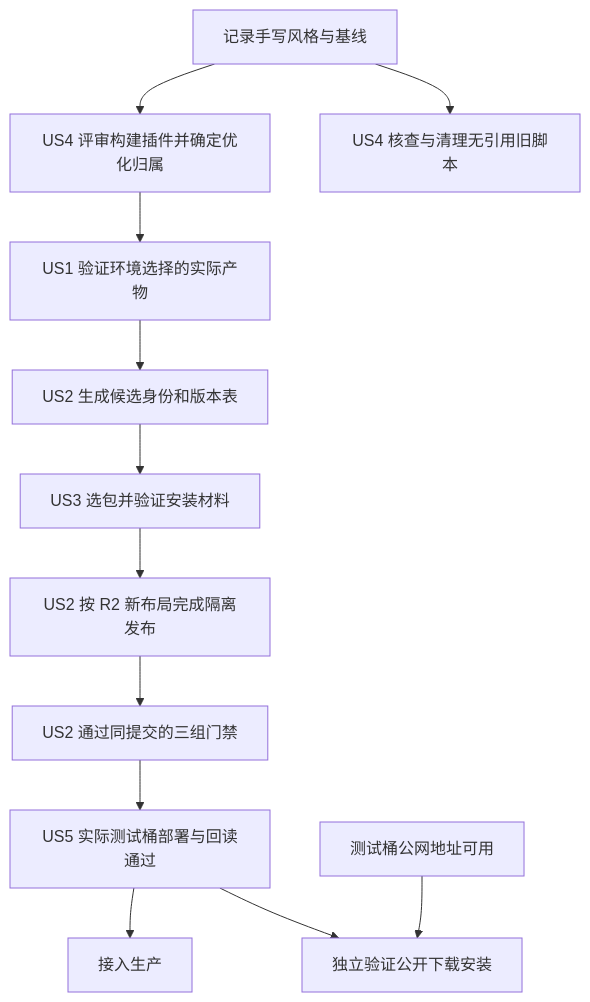
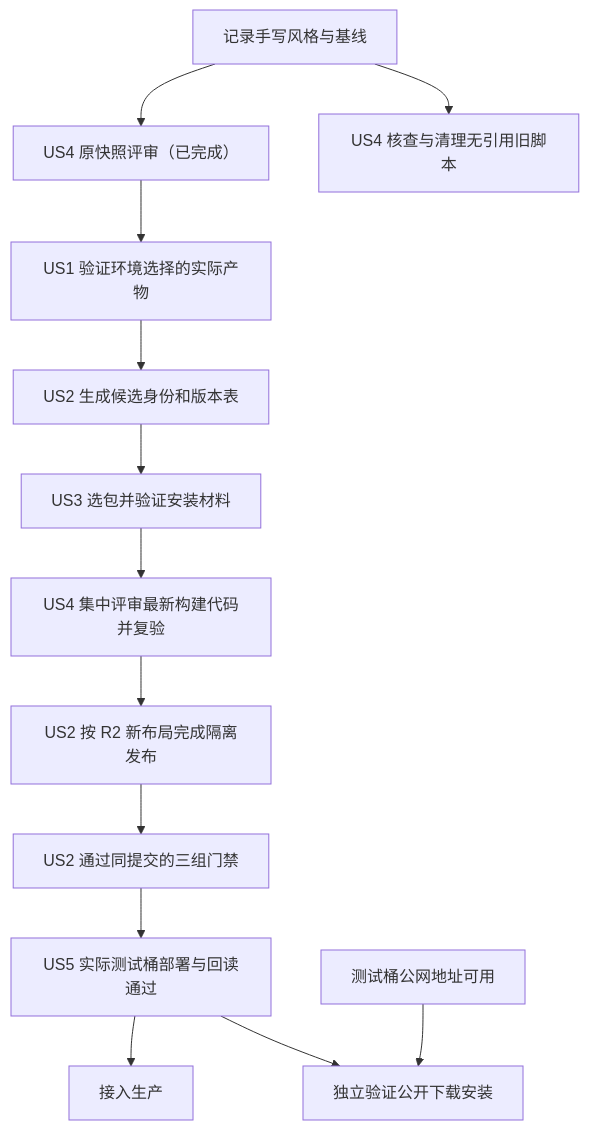
Before and after one commit to Ena-Heleneto/agent-foundry: the diagram in specs/skills/003-skills-release-pipeline/analysis/spec-analysis/README.md, drawn with Mermaid. The commit also changed other lines of this file and 200 other files, not shown here.

````diff
--- a/specs/skills/003-skills-release-pipeline/analysis/spec-analysis/README.md
+++ b/specs/skills/003-skills-release-pipeline/analysis/spec-analysis/README.md
@@ -33,19 +33,20 @@
 ```mermaid
 flowchart TD
     basis["记录手写风格与基线"]
-    review["US4 评审构建插件并确定优化归属"]
+    baselineReview["US4 原快照评审（已完成）"]
     old["US4 核查与清理无引用旧脚本"]
     env["US1 验证环境选择的实际产物"]
     version["US2 生成候选身份和版本表"]
     install["US3 选包并验证安装材料"]
+    review["US4 集中评审最新构建代码并复验"]
     isolated["US2 按 R2 新布局完成隔离发布"]
     gate["US2 通过同提交的三组门禁"]
     real["US5 实际测试桶部署与回读通过"]
-    prod["接入生产"]
+    production["接入生产"]
     publicRoot["测试桶公网地址可用"]
     public["独立验证公开下载安装"]
-    basis --> review --> env --> version --> install --> isolated --> gate --> real --> prod
+    basis --> baselineReview --> env --> version --> install --> review --> isolated --> gate --> real --> production
     basis --> old
     real --> public
     publicRoot --> public
 ```
````
